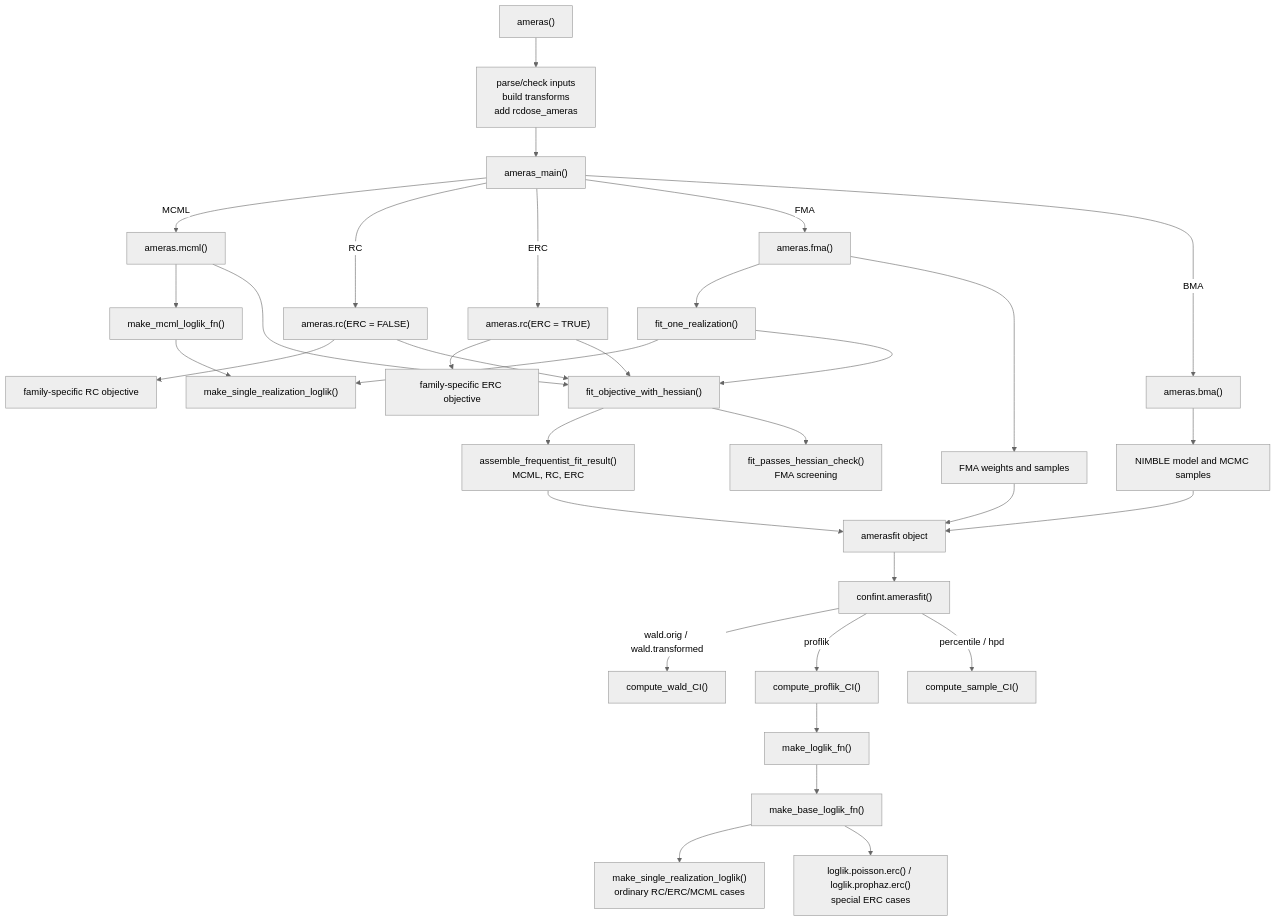
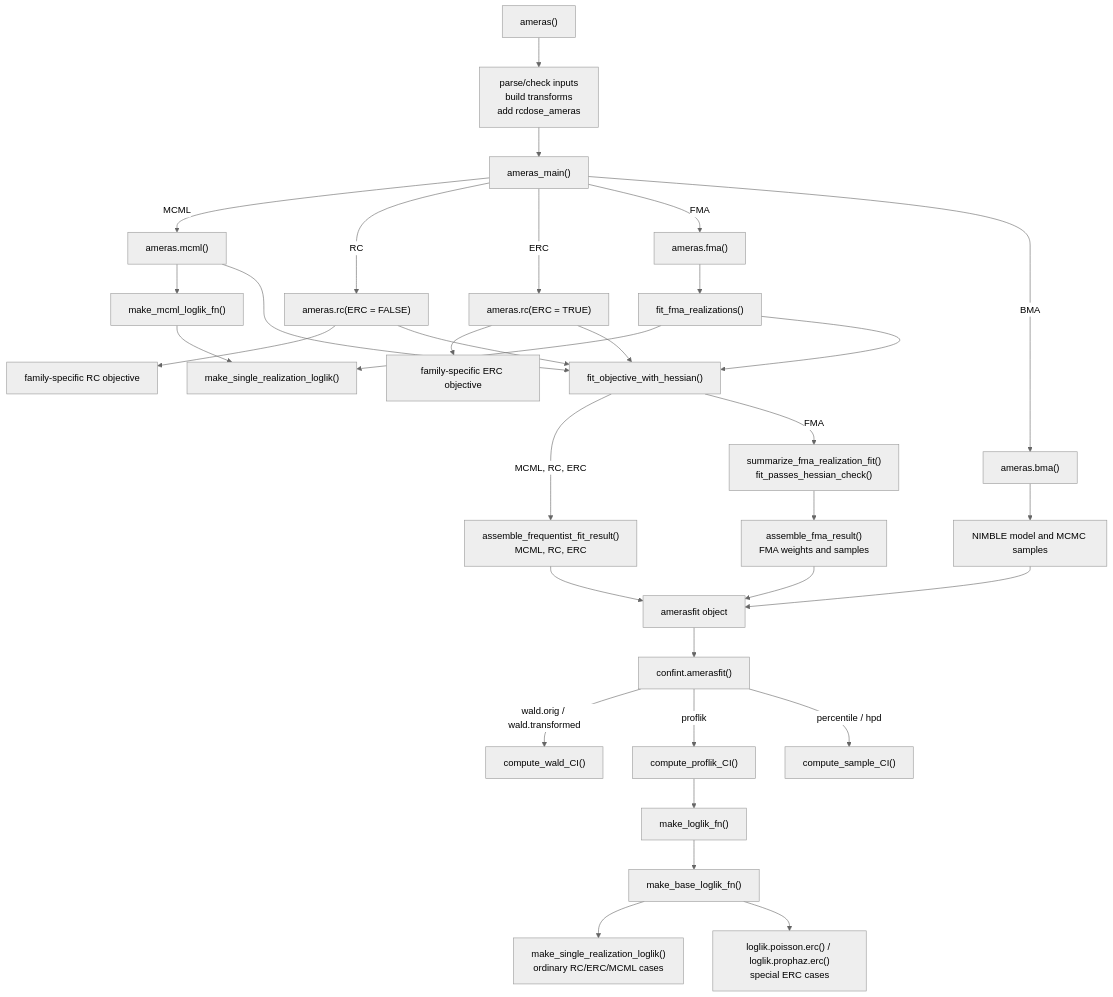
Before and after one commit to sanderroberti/ameras: the diagram in developer-notes/helper-flow.md, drawn with Mermaid (neutral theme). The commit also changed other lines of this file and 2 other files, not shown here.

Commit message:
Extract FMA result assembly

````diff
--- a/developer-notes/helper-flow.md
+++ b/developer-notes/helper-flow.md
@@ -9,43 +9,43 @@
 ```mermaid
 flowchart TD
   A["ameras()"] --> B["parse/check inputs<br/>build transforms<br/>add rcdose_ameras"]
   B --> C["ameras_main()"]
 
   C -->|MCML| D["ameras.mcml()"]
   C -->|RC| E["ameras.rc(ERC = FALSE)"]
   C -->|ERC| F["ameras.rc(ERC = TRUE)"]
   C -->|FMA| G["ameras.fma()"]
   C -->|BMA| H["ameras.bma()"]
 
   D --> I["make_mcml_loglik_fn()"]
   I --> J["make_single_realization_loglik()"]
   E --> K["family-specific RC objective"]
   F --> L["family-specific ERC objective"]
-  G --> M["fit_one_realization()"]
+  G --> M["fit_fma_realizations()"]
   M --> J
 
   D --> N["fit_objective_with_hessian()"]
   E --> N
   F --> N
   M --> N
 
-  N --> O["assemble_frequentist_fit_result()<br/>MCML, RC, ERC"]
-  N --> P["fit_passes_hessian_check()<br/>FMA screening"]
+  N -->|MCML, RC, ERC| O["assemble_frequentist_fit_result()<br/>MCML, RC, ERC"]
+  N -->|FMA| P["summarize_fma_realization_fit()<br/>fit_passes_hessian_check()"]
 
-  G --> Q["FMA weights and samples"]
+  P --> Q["assemble_fma_result()<br/>FMA weights and samples"]
   H --> R["NIMBLE model and MCMC samples"]
 
   O --> S["amerasfit object"]
   Q --> S
   R --> S
 
   S --> T["confint.amerasfit()"]
   T -->|wald.orig / wald.transformed| U["compute_wald_CI()"]
   T -->|proflik| V["compute_proflik_CI()"]
   T -->|percentile / hpd| W["compute_sample_CI()"]
 
   V --> X["make_loglik_fn()"]
   X --> Y["make_base_loglik_fn()"]
   Y --> Z["make_single_realization_loglik()<br/>ordinary RC/ERC/MCML cases"]
   Y --> AA["loglik.poisson.erc() / loglik.prophaz.erc()<br/>special ERC cases"]
 ```
````
